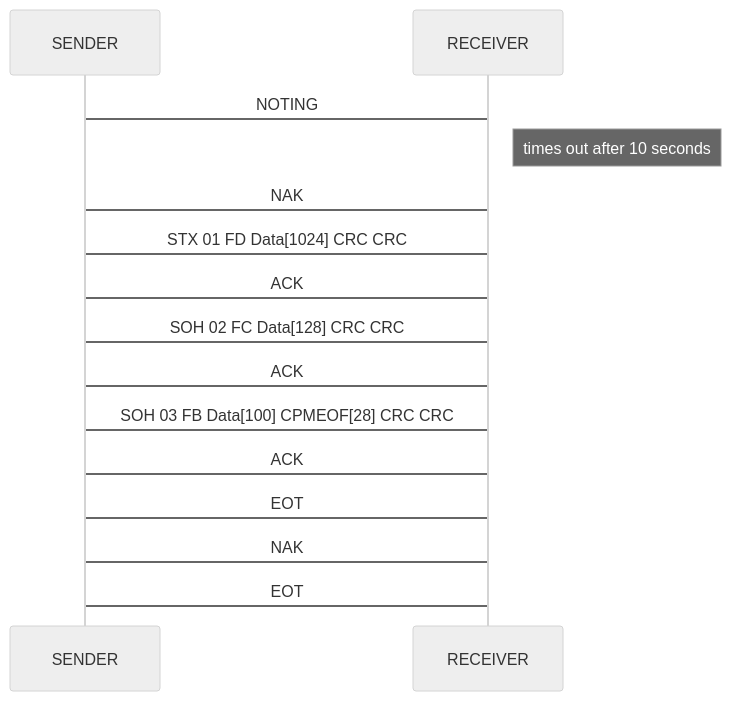
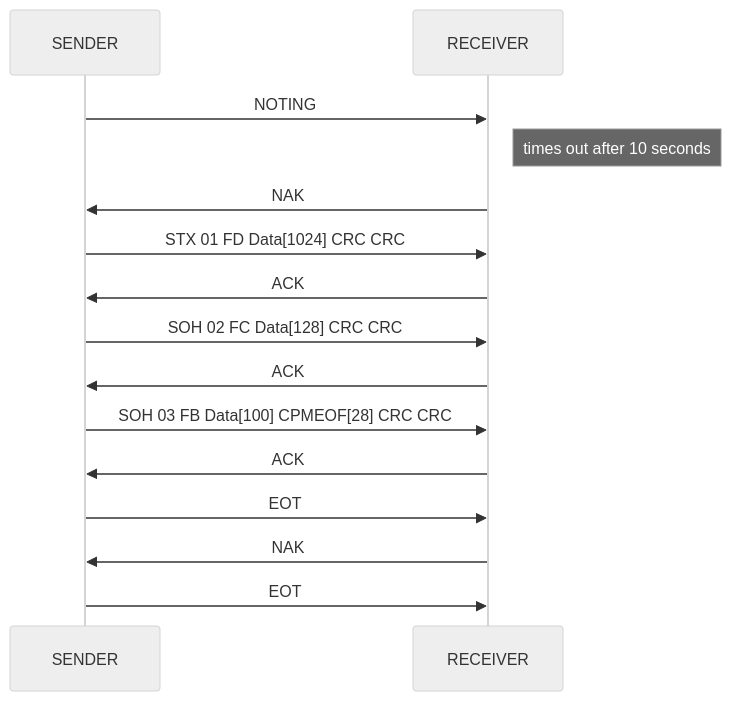
Before and after one commit to seinikov/blog: the second of 2 diagrams in 231030-1105~IAP-Ymodem协议部分.md, drawn with Mermaid (neutral theme). The commit also changed other lines of this file, not shown here.

````diff
--- a/231030-1105~IAP-Ymodem协议部分.md
+++ b/231030-1105~IAP-Ymodem协议部分.md
@@ -59,15 +59,15 @@
 ```mermaid
 sequenceDiagram
-SENDER->RECEIVER:NOTING
+SENDER->>RECEIVER:NOTING
 Note right of RECEIVER:times out after 10 seconds
-RECEIVER->SENDER:NAK
-SENDER->RECEIVER:STX 01 FD Data[1024] CRC CRC
-RECEIVER->SENDER:ACK
-SENDER->RECEIVER:SOH 02 FC Data[128] CRC CRC
-RECEIVER->SENDER:ACK
-SENDER->RECEIVER:SOH 03 FB Data[100] CPMEOF[28] CRC CRC
-RECEIVER->SENDER:ACK
-SENDER->RECEIVER:EOT
-RECEIVER->SENDER:NAK
-SENDER->RECEIVER:EOT
+RECEIVER->>SENDER:NAK
+SENDER->>RECEIVER:STX 01 FD Data[1024] CRC CRC
+RECEIVER->>SENDER:ACK
+SENDER->>RECEIVER:SOH 02 FC Data[128] CRC CRC
+RECEIVER->>SENDER:ACK
+SENDER->>RECEIVER:SOH 03 FB Data[100] CPMEOF[28] CRC CRC
+RECEIVER->>SENDER:ACK
+SENDER->>RECEIVER:EOT
+RECEIVER->>SENDER:NAK
+SENDER->>RECEIVER:EOT
 ```
````
